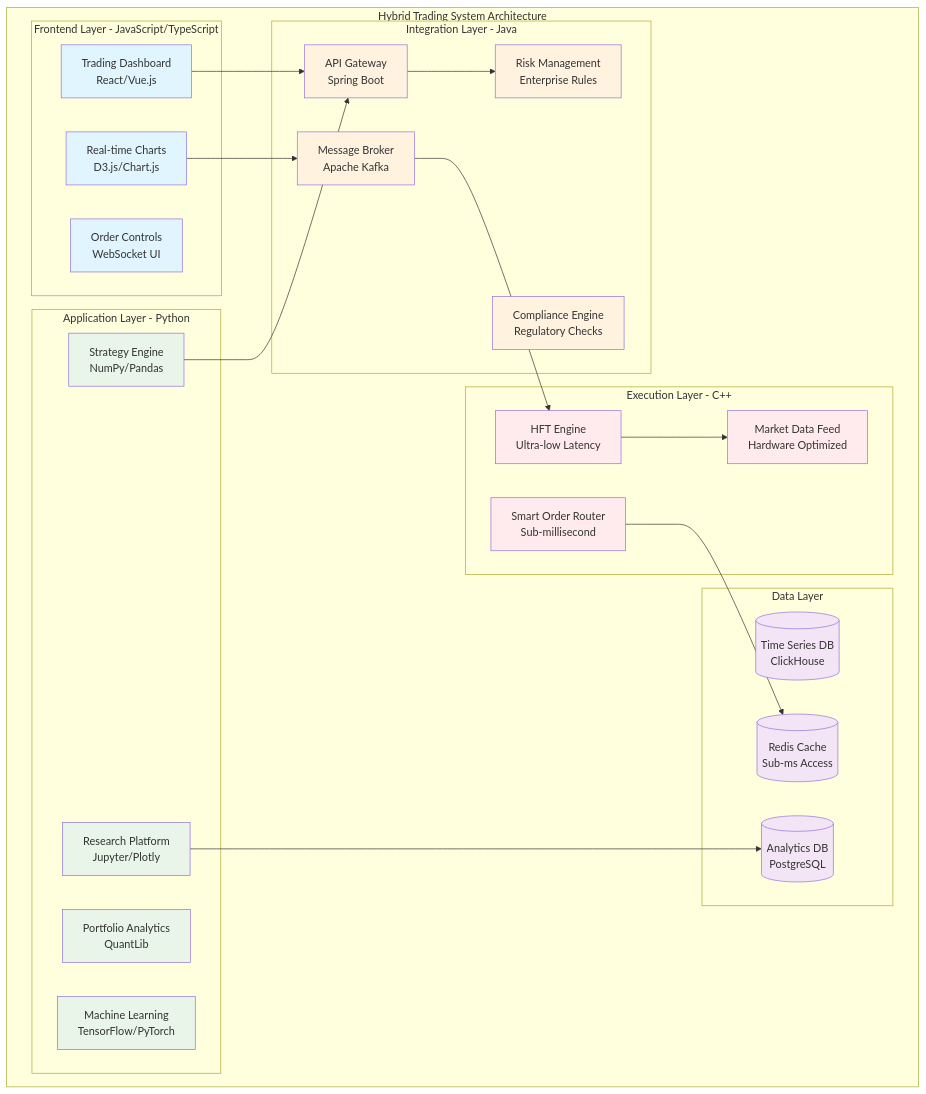
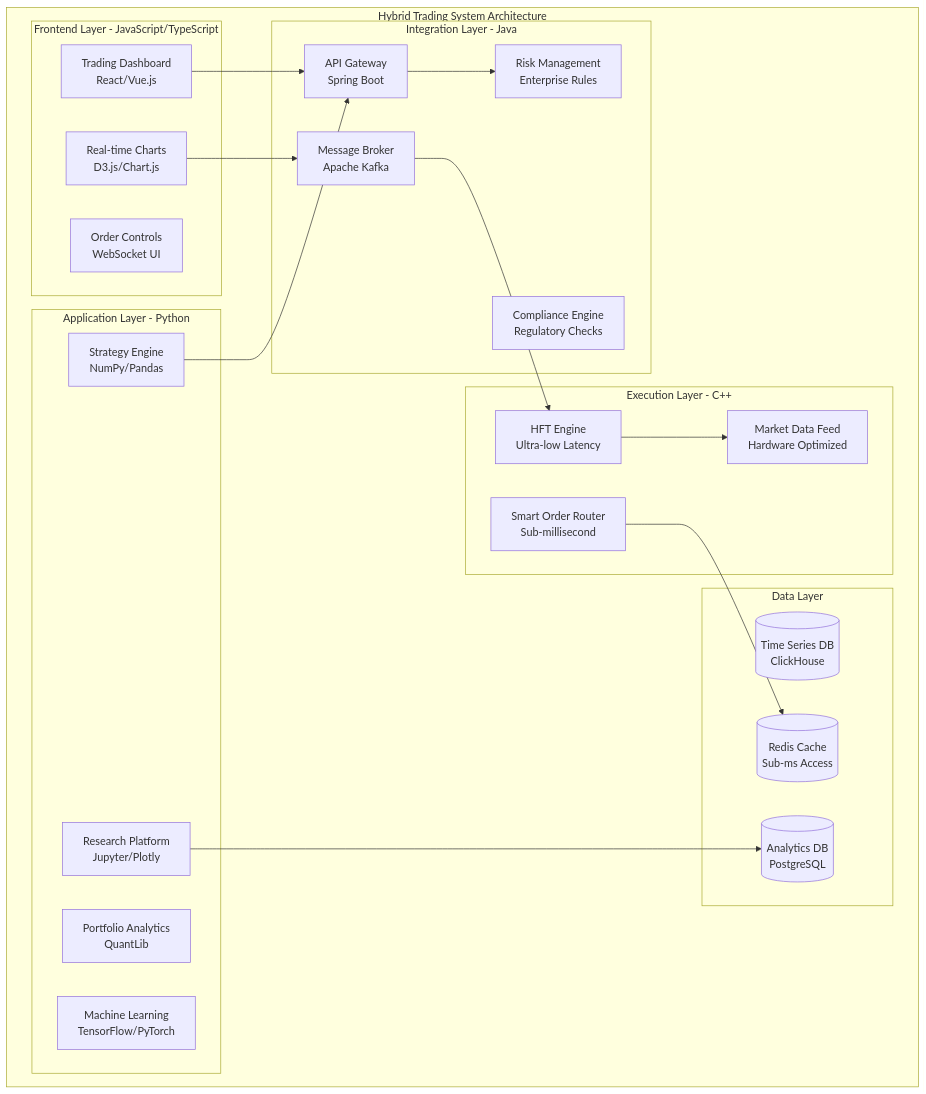
Before and after one commit to petewilburn/Python-Programs-for-Fun-and-Education: the fifth of 8 diagrams in src/Python_Programs/IBKR_API_Comparison_Guide.md, drawn with Mermaid. The commit also changed other lines of this file and 3 other files, not shown here.

Commit message:
Remove all Mermaid styling for better dark mode compatibility

````diff
--- a/src/Python_Programs/IBKR_API_Comparison_Guide.md
+++ b/src/Python_Programs/IBKR_API_Comparison_Guide.md
@@ -590,58 +572,46 @@
 ```mermaid
 graph TB
     subgraph "Hybrid Trading System Architecture"
         subgraph "Frontend Layer - JavaScript/TypeScript"
             Dashboard[Trading Dashboard<br/>React/Vue.js]
             Charts[Real-time Charts<br/>D3.js/Chart.js]
             Controls[Order Controls<br/>WebSocket UI]
         end
         
         subgraph "Application Layer - Python"
             Strategy[Strategy Engine<br/>NumPy/Pandas]
             Research[Research Platform<br/>Jupyter/Plotly]
             Analytics[Portfolio Analytics<br/>QuantLib]
             ML[Machine Learning<br/>TensorFlow/PyTorch]
         end
         
         subgraph "Integration Layer - Java"
             Gateway[API Gateway<br/>Spring Boot]
             Message[Message Broker<br/>Apache Kafka]
             Risk[Risk Management<br/>Enterprise Rules]
             Compliance[Compliance Engine<br/>Regulatory Checks]
         end
         
         subgraph "Execution Layer - C++"
             HFT[HFT Engine<br/>Ultra-low Latency]
             OrderRouter[Smart Order Router<br/>Sub-millisecond]
             MarketData[Market Data Feed<br/>Hardware Optimized]
         end
         
         subgraph "Data Layer"
             TimeSeries[(Time Series DB<br/>ClickHouse)]
             Cache[(Redis Cache<br/>Sub-ms Access)]
             Analytics_DB[(Analytics DB<br/>PostgreSQL)]
         end
     end
     
     %% Layer connections
     Dashboard --> Gateway
     Charts --> Message
     Strategy --> Gateway
     Research --> Analytics_DB
     Gateway --> Risk
     Message --> HFT
     HFT --> MarketData
     OrderRouter --> Cache
-    
-    classDef frontend fill:#e1f5fe
-    classDef python fill:#e8f5e8
-    classDef java fill:#fff3e0
-    classDef cpp fill:#ffebee
-    classDef data fill:#f3e5f5
-    
-    class Dashboard,Charts,Controls frontend
-    class Strategy,Research,Analytics,ML python
-    class Gateway,Message,Risk,Compliance java
-    class HFT,OrderRouter,MarketData cpp
-    class TimeSeries,Cache,Analytics_DB data
 ```
````
